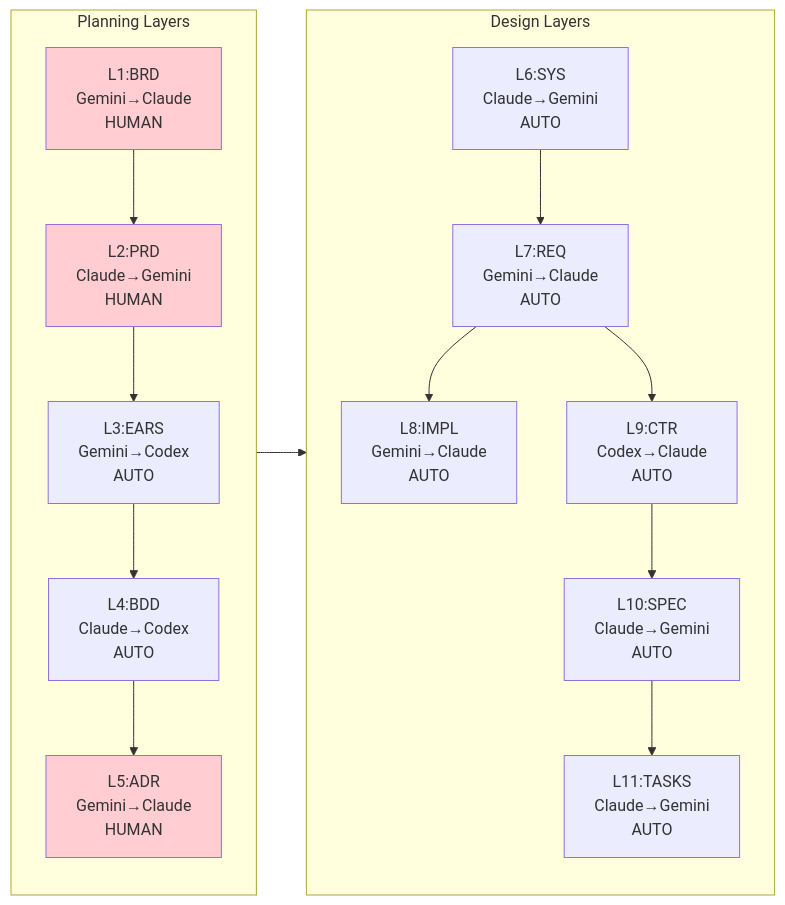
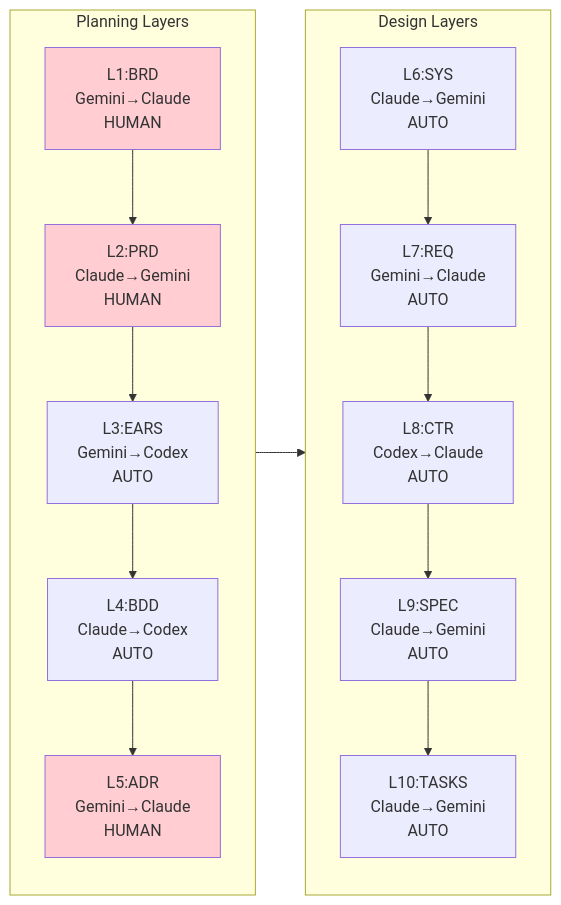
The second of 8 diagrams in ai_dev_flow/SDD_AUTOMATION_WORKFLOW.md (vladm3105/aidoc-flow-framework), drawn with Mermaid before and after one commit. The commit also changed other lines of this file and 146 other files, not shown here.

Commit message:
refactor: Restructure documentation framework by reordering CTR, SPEC, and TASKS layers and removing the IMPL layer.

````diff
--- a/ai_dev_flow/SDD_AUTOMATION_WORKFLOW.md
+++ b/ai_dev_flow/SDD_AUTOMATION_WORKFLOW.md
@@ -129,25 +127,24 @@
 ```mermaid
 flowchart LR
     subgraph Planning["Planning Layers"]
         direction TB
         L1[L1:BRD<br/>Gemini→Claude<br/>HUMAN] --> L2[L2:PRD<br/>Claude→Gemini<br/>HUMAN]
         L2 --> L3[L3:EARS<br/>Gemini→Codex<br/>AUTO]
         L3 --> L4[L4:BDD<br/>Claude→Codex<br/>AUTO]
         L4 --> L5[L5:ADR<br/>Gemini→Claude<br/>HUMAN]
     end
 
     subgraph Design["Design Layers"]
         direction TB
         L6[L6:SYS<br/>Claude→Gemini<br/>AUTO] --> L7[L7:REQ<br/>Gemini→Claude<br/>AUTO]
-        L7 --> L8[L8:IMPL<br/>Gemini→Claude<br/>AUTO]
-        L7 --> L9[L9:CTR<br/>Codex→Claude<br/>AUTO]
-        L9 --> L10[L10:SPEC<br/>Claude→Gemini<br/>AUTO]
-        L10 --> L11[L11:TASKS<br/>Claude→Gemini<br/>AUTO]
+        L7 --> L8[L8:CTR<br/>Codex→Claude<br/>AUTO]
+        L8 --> L9[L9:SPEC<br/>Claude→Gemini<br/>AUTO]
+        L9 --> L10[L10:TASKS<br/>Claude→Gemini<br/>AUTO]
     end
 
     L5 --> L6
 
     style L1 fill:#ffcdd2
     style L2 fill:#ffcdd2
     style L5 fill:#ffcdd2
 ```
````
